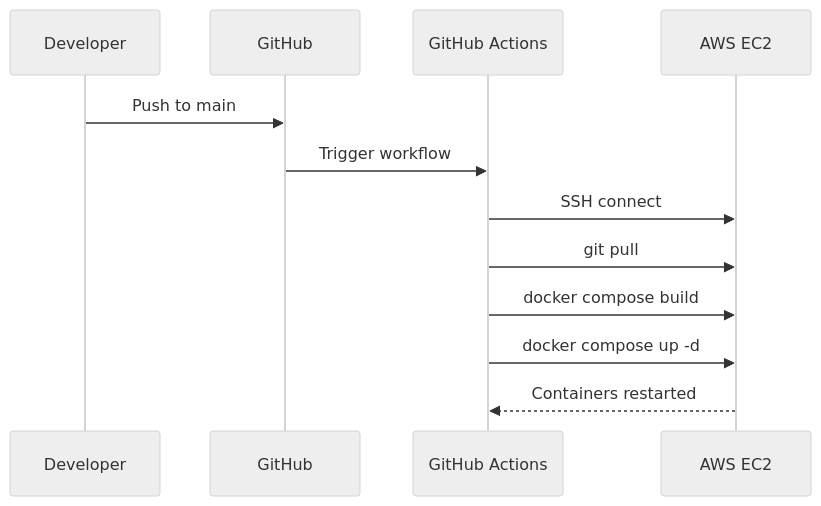
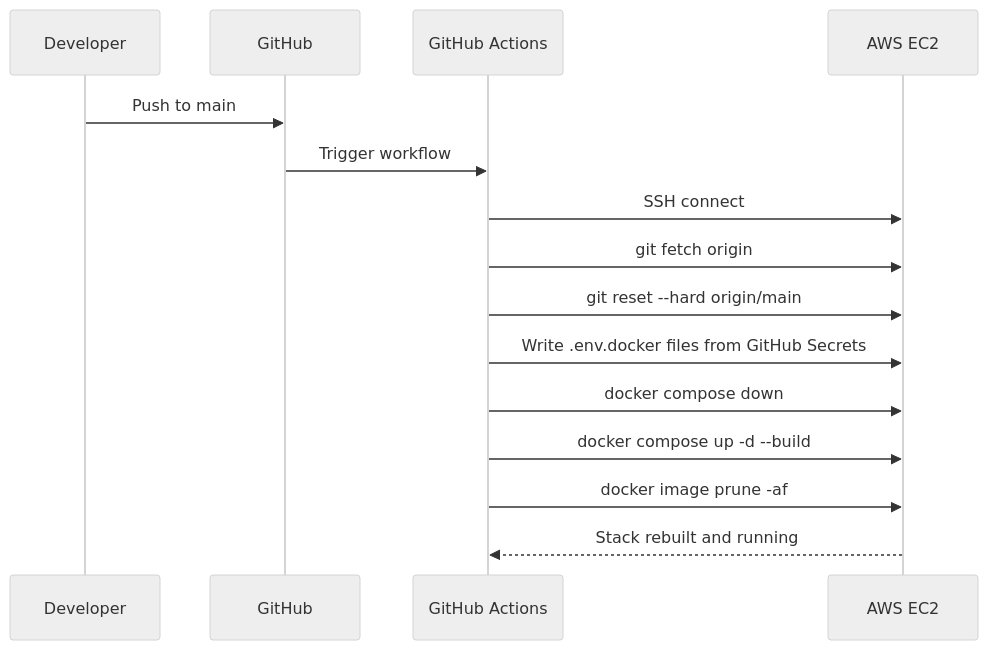
One commit to rahul-1901/distributedSystem changed the second of 2 diagrams in backend/docs/observability.md. Above: the diagram before and after it, drawn with Mermaid (neutral theme). The commit also changed other lines of this file and 5 other files, not shown here.

````diff
--- a/backend/docs/observability.md
+++ b/backend/docs/observability.md
@@ -65,15 +76,18 @@
 ```mermaid
 sequenceDiagram
     participant Dev as Developer
     participant GH as GitHub
     participant GHA as GitHub Actions
     participant EC2 as AWS EC2
 
     Dev->>GH: Push to main
     GH->>GHA: Trigger workflow
     GHA->>EC2: SSH connect
-    GHA->>EC2: git pull
-    GHA->>EC2: docker compose build
-    GHA->>EC2: docker compose up -d
-    EC2-->>GHA: Containers restarted
+    GHA->>EC2: git fetch origin
+    GHA->>EC2: git reset --hard origin/main
+    GHA->>EC2: Write .env.docker files from GitHub Secrets
+    GHA->>EC2: docker compose down
+    GHA->>EC2: docker compose up -d --build
+    GHA->>EC2: docker image prune -af
+    EC2-->>GHA: Stack rebuilt and running
 ```
````
